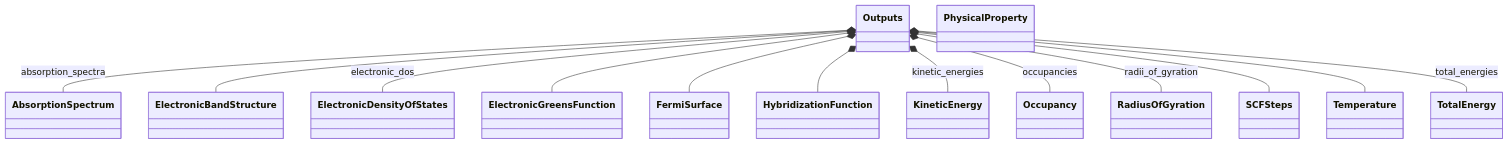
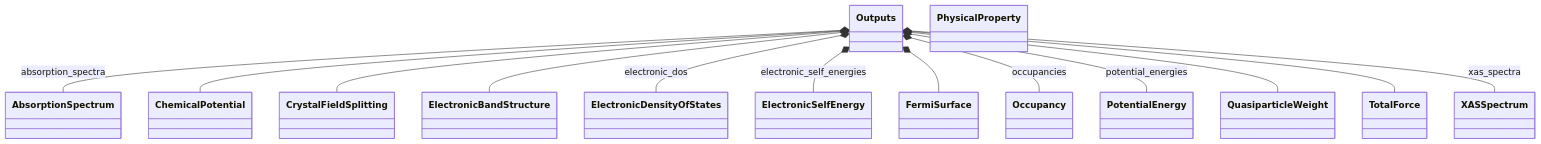
One commit to FAIRmat-NFDI/nomad-simulations changed the first of 2 diagrams in docs/schema/outputs.diagram.md. Above: the diagram before and after it, drawn with Mermaid. The commit also changed other lines of this file and 36 other files, not shown here.

````diff
--- a/docs/schema/outputs.diagram.md
+++ b/docs/schema/outputs.diagram.md
@@ -14,29 +14,43 @@
 ```mermaid
 classDiagram
-    class AbsorptionSpectrum
-    class ElectronicBandStructure
-    class ElectronicDensityOfStates
-    class ElectronicGreensFunction
-    class FermiSurface
-    class HybridizationFunction
-    class KineticEnergy
-    class Occupancy
-    class Outputs
-    class PhysicalProperty
-    class RadiusOfGyration
-    class SCFSteps
-    class Temperature
-    class TotalEnergy
+    class AbsorptionSpectrum {
+    }
+    class ChemicalPotential {
+    }
+    class CrystalFieldSplitting {
+    }
+    class ElectronicBandStructure {
+    }
+    class ElectronicDensityOfStates {
+    }
+    class ElectronicSelfEnergy {
+    }
+    class FermiSurface {
+    }
+    class Occupancy {
+    }
+    class Outputs {
+    }
+    class PhysicalProperty {
+    }
+    class PotentialEnergy {
+    }
+    class QuasiparticleWeight {
+    }
+    class TotalForce {
+    }
+    class XASSpectrum {
+    }
     Outputs *-- AbsorptionSpectrum : absorption_spectra
+    Outputs *-- ChemicalPotential
+    Outputs *-- CrystalFieldSplitting
     Outputs *-- ElectronicBandStructure
     Outputs *-- ElectronicDensityOfStates : electronic_dos
-    Outputs *-- ElectronicGreensFunction
+    Outputs *-- ElectronicSelfEnergy : electronic_self_energies
     Outputs *-- FermiSurface
-    Outputs *-- HybridizationFunction
-    Outputs *-- KineticEnergy : kinetic_energies
     Outputs *-- Occupancy : occupancies
-    Outputs *-- RadiusOfGyration : radii_of_gyration
-    Outputs *-- SCFSteps
-    Outputs *-- Temperature
-    Outputs *-- TotalEnergy : total_energies
+    Outputs *-- PotentialEnergy : potential_energies
+    Outputs *-- QuasiparticleWeight
+    Outputs *-- TotalForce
+    Outputs *-- XASSpectrum : xas_spectra
 ```
````
